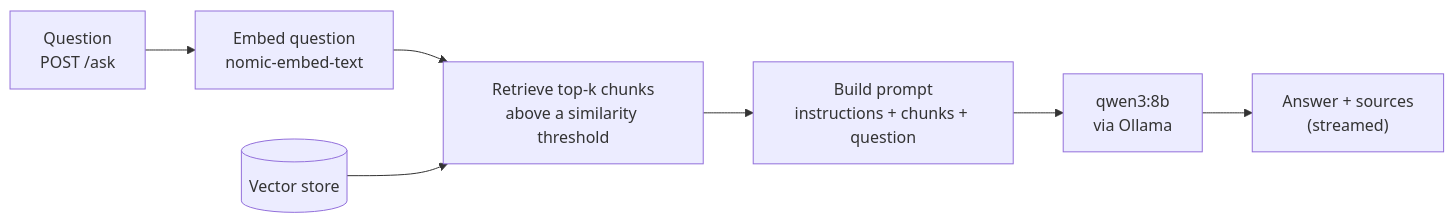
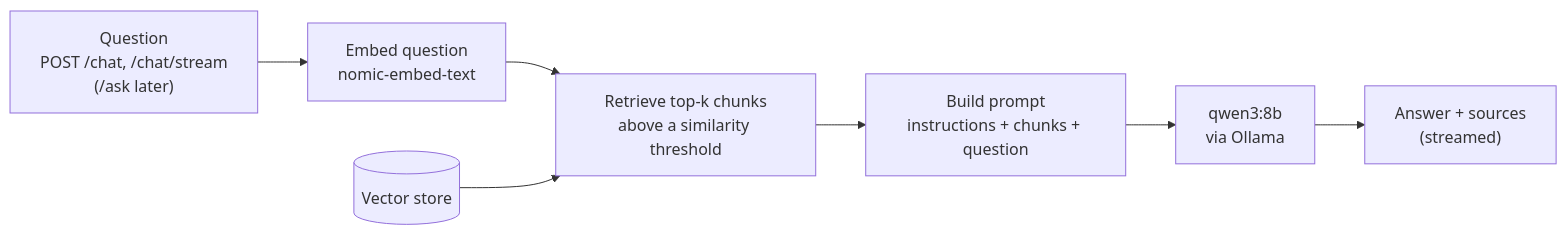
One commit to albercode10/ask-my-docs changed the third of 3 diagrams in docs/architecture.md. Above: the diagram before and after it, drawn with Mermaid. The commit also changed other lines of this file and 41 other files, not shown here.

````diff
--- a/docs/architecture.md
+++ b/docs/architecture.md
@@ -50,9 +50,9 @@
 ```mermaid
 flowchart LR
-    q["Question<br/>POST /ask"] --> embed["Embed question<br/>nomic-embed-text"]
+    q["Question<br/>POST /chat, /chat/stream<br/>(/ask later)"] --> embed["Embed question<br/>nomic-embed-text"]
     embed --> retrieve["Retrieve top-k chunks<br/>above a similarity threshold"]
     store[("Vector store")] --> retrieve
     retrieve --> prompt["Build prompt<br/>instructions + chunks + question"]
     prompt --> llm["qwen3:8b<br/>via Ollama"]
     llm --> answer["Answer + sources<br/>(streamed)"]
 ```
````
